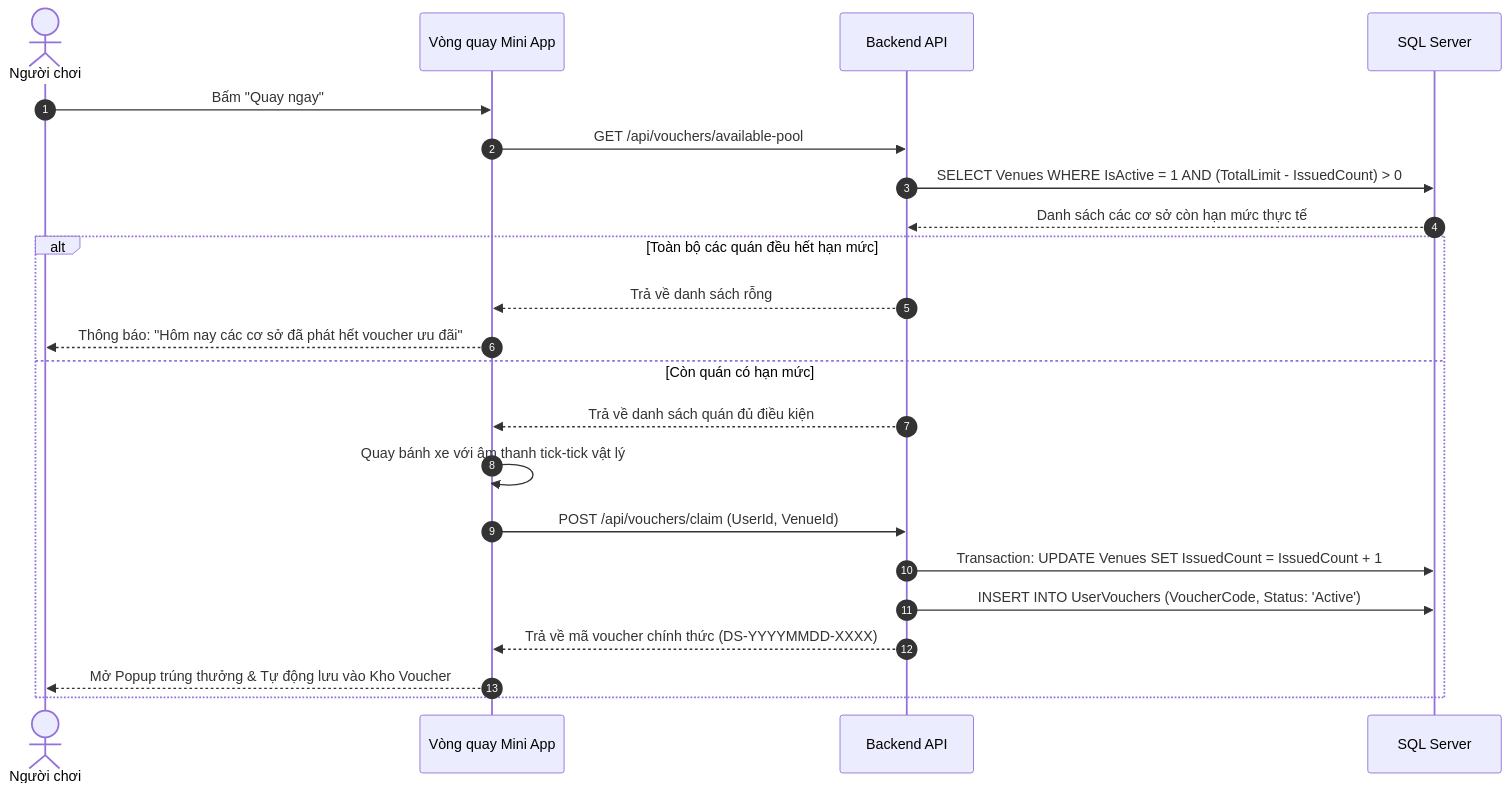
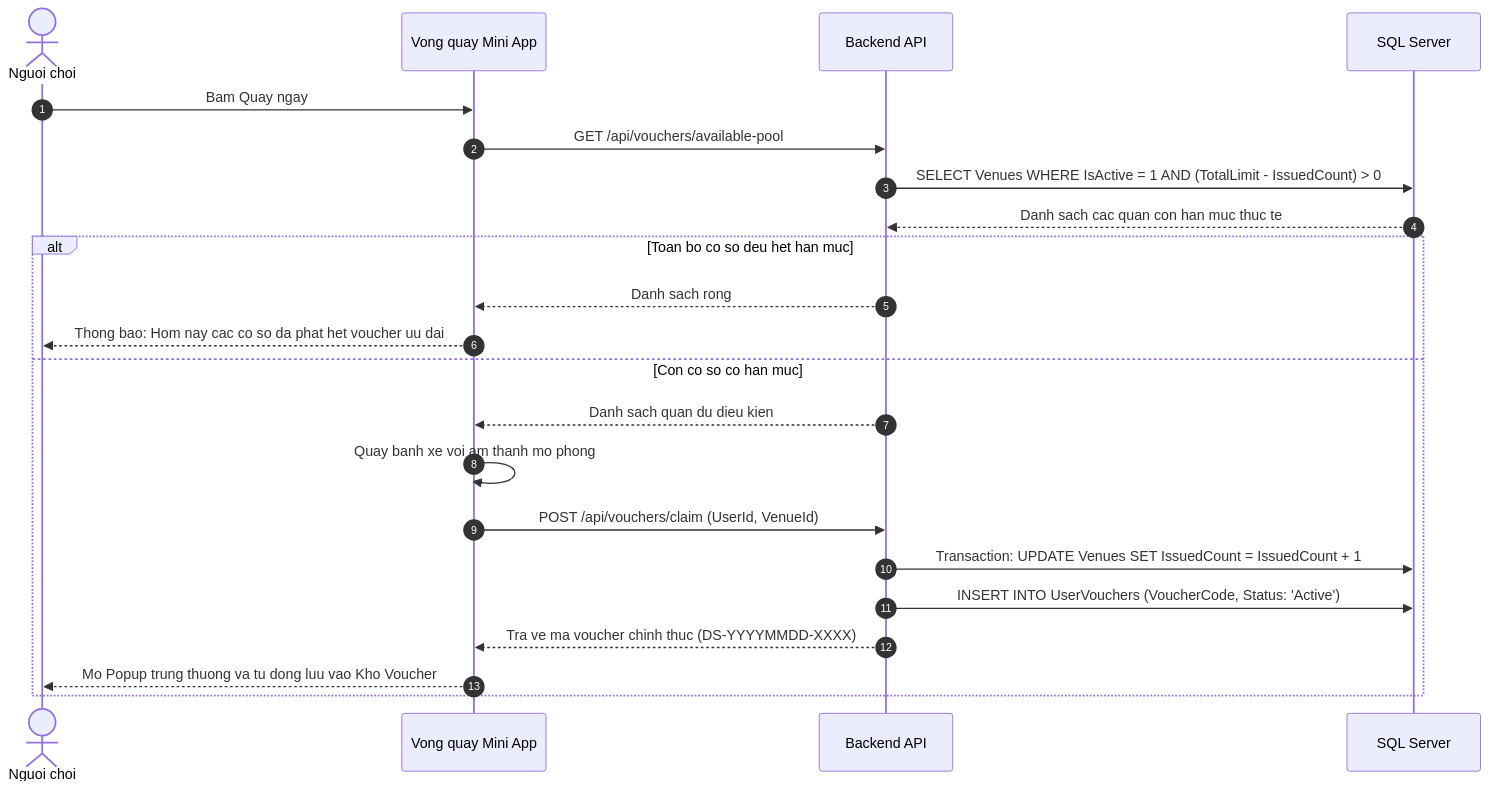
Before and after one commit to ZangKai2k3/dak-song-quest: the fourth of 4 diagrams in MO_TA_HE_THONG.md, drawn with Mermaid. The commit also changed other lines of this file and 8 other files, not shown here.

Commit message:
feat: phan quyen admin HTX va Huyen, tich hop thanh toan ZaloPay va COD, hoan thien quy trinh don hang va cap nhat tai lieu

````diff
--- a/MO_TA_HE_THONG.md
+++ b/MO_TA_HE_THONG.md
@@ -436,26 +468,26 @@
 ```mermaid
 sequenceDiagram
     autonumber
-    actor User as Người chơi
-    participant MiniApp as Vòng quay Mini App
+    actor User as Nguoi choi
+    participant MiniApp as Vong quay Mini App
     participant Server as Backend API
     participant DB as SQL Server
 
-    User->>MiniApp: Bấm "Quay ngay"
+    User->>MiniApp: Bam Quay ngay
     MiniApp->>Server: GET /api/vouchers/available-pool
     Server->>DB: SELECT Venues WHERE IsActive = 1 AND (TotalLimit - IssuedCount) > 0
-    DB-->>Server: Danh sách các cơ sở còn hạn mức thực tế
+    DB-->>Server: Danh sach cac quan con han muc thuc te
     
-    alt Toàn bộ các quán đều hết hạn mức
-        Server-->>MiniApp: Trả về danh sách rỗng
-        MiniApp-->>User: Thông báo: "Hôm nay các cơ sở đã phát hết voucher ưu đãi"
-    else Còn quán có hạn mức
-        Server-->>MiniApp: Trả về danh sách quán đủ điều kiện
-        MiniApp->>MiniApp: Quay bánh xe với âm thanh tick-tick vật lý
+    alt Toan bo co so deu het han muc
+        Server-->>MiniApp: Danh sach rong
+        MiniApp-->>User: Thong bao: Hom nay cac co so da phat het voucher uu dai
+    else Con co so co han muc
+        Server-->>MiniApp: Danh sach quan du dieu kien
+        MiniApp->>MiniApp: Quay banh xe voi am thanh mo phong
         MiniApp->>Server: POST /api/vouchers/claim (UserId, VenueId)
         Server->>DB: Transaction: UPDATE Venues SET IssuedCount = IssuedCount + 1
         Server->>DB: INSERT INTO UserVouchers (VoucherCode, Status: 'Active')
-        Server-->>MiniApp: Trả về mã voucher chính thức (DS-YYYYMMDD-XXXX)
-        MiniApp-->>User: Mở Popup trúng thưởng & Tự động lưu vào Kho Voucher
+        Server-->>MiniApp: Tra ve ma voucher chinh thuc (DS-YYYYMMDD-XXXX)
+        MiniApp-->>User: Mo Popup trung thuong va tu dong luu vao Kho Voucher
     end
 ```
````
